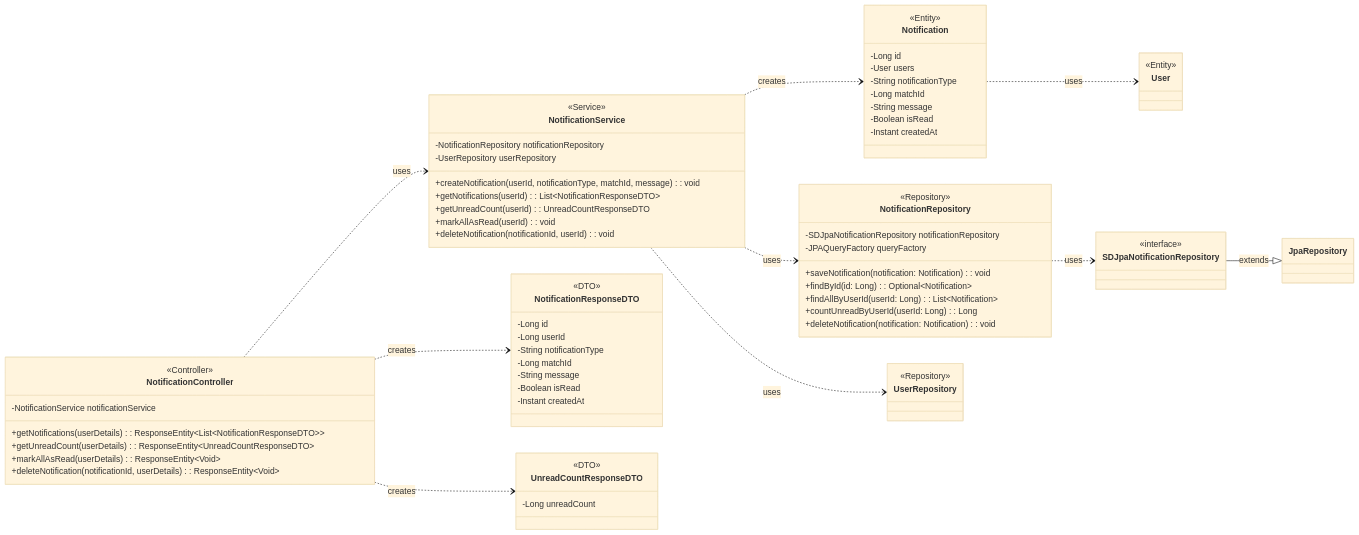
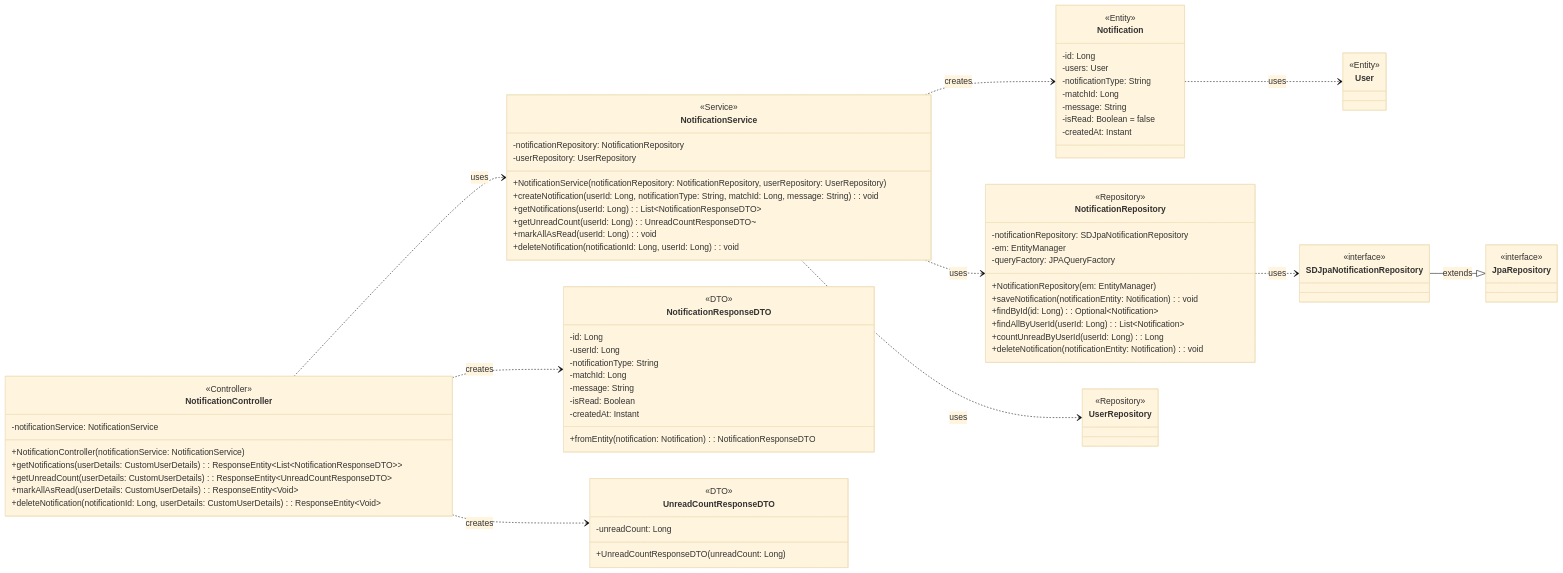
One commit to rororo33/game-s-cord changed the diagram in SDS/classDiagram/notificationClassDiagram.md. Above: the diagram before and after it, drawn with Mermaid (base theme). The commit also changed other lines of this file and 11 other files, not shown here.

Commit message:
feat:classDiagram

````diff
--- a/SDS/classDiagram/notificationClassDiagram.md
+++ b/SDS/classDiagram/notificationClassDiagram.md
@@ -6,74 +6,81 @@
 
     class NotificationController {
         <<Controller>>
-        -NotificationService notificationService
-        +getNotifications(userDetails): ResponseEntity~List~NotificationResponseDTO~~
-        +getUnreadCount(userDetails): ResponseEntity~UnreadCountResponseDTO~
-        +markAllAsRead(userDetails): ResponseEntity~Void~
-        +deleteNotification(notificationId, userDetails): ResponseEntity~Void~
+        -notificationService: NotificationService
+        +NotificationController(notificationService: NotificationService)
+        +getNotifications(userDetails: CustomUserDetails): ResponseEntity~List~NotificationResponseDTO~~
+        +getUnreadCount(userDetails: CustomUserDetails): ResponseEntity~UnreadCountResponseDTO~
+        +markAllAsRead(userDetails: CustomUserDetails): ResponseEntity~Void~
+        +deleteNotification(notificationId: Long, userDetails: CustomUserDetails): ResponseEntity~Void~
     }
 
     class NotificationService {
         <<Service>>
-        -NotificationRepository notificationRepository
-        -UserRepository userRepository
-        +createNotification(userId, notificationType, matchId, message): void
-        +getNotifications(userId): List~NotificationResponseDTO~
-        +getUnreadCount(userId): UnreadCountResponseDTO
-        +markAllAsRead(userId): void
-        +deleteNotification(notificationId, userId): void
+        -notificationRepository: NotificationRepository
+        -userRepository: UserRepository
+        +NotificationService(notificationRepository: NotificationRepository, userRepository: UserRepository)
+        +createNotification(userId: Long, notificationType: String, matchId: Long, message: String): void
+        +getNotifications(userId: Long): List~NotificationResponseDTO~
+        +getUnreadCount(userId: Long): UnreadCountResponseDTO~
+        +markAllAsRead(userId: Long): void
+        +deleteNotification(notificationId: Long, userId: Long): void
     }
 
     class NotificationRepository {
         <<Repository>>
-        -SDJpaNotificationRepository notificationRepository
-        -JPAQueryFactory queryFactory
-        +saveNotification(notification: Notification): void
+        -notificationRepository: SDJpaNotificationRepository
+        -em: EntityManager
+        -queryFactory: JPAQueryFactory
+        +NotificationRepository(em: EntityManager)
+        +saveNotification(notificationEntity: Notification): void
         +findById(id: Long): Optional~Notification~
         +findAllByUserId(userId: Long): List~Notification~
         +countUnreadByUserId(userId: Long): Long
-        +deleteNotification(notification: Notification): void
+        +deleteNotification(notificationEntity: Notification): void
     }
 
     class Notification {
         <<Entity>>
-        -Long id
-        -User users
-        -String notificationType
-        -Long matchId
-        -String message
-        -Boolean isRead
-        -Instant createdAt
+        -id: Long
+        -users: User
+        -notificationType: String
+        -matchId: Long
+        -message: String
+        -isRead: Boolean = false
+        -createdAt: Instant
     }
 
     class NotificationResponseDTO {
         <<DTO>>
-        -Long id
-        -Long userId
-        -String notificationType
-        -Long matchId
-        -String message
-        -Boolean isRead
-        -Instant createdAt
+        -id: Long
+        -userId: Long
+        -notificationType: String
+        -matchId: Long
+        -message: String
+        -isRead: Boolean
+        -createdAt: Instant
+        +fromEntity(notification: Notification): NotificationResponseDTO
     }
 
     class UnreadCountResponseDTO {
         <<DTO>>
-        -Long unreadCount
+        -unreadCount: Long
+        +UnreadCountResponseDTO(unreadCount: Long)
     }
     
     class User { <<Entity>> }
     class UserRepository { <<Repository>> }
     class SDJpaNotificationRepository { <<interface>> }
+    class JpaRepository { <<interface>> }
 
     %% Relationships
     NotificationController ..> NotificationService : uses
     NotificationService ..> NotificationRepository : uses
     NotificationService ..> UserRepository : uses
+    NotificationService ..> Notification : creates
     NotificationRepository ..> SDJpaNotificationRepository : uses
     SDJpaNotificationRepository --|> JpaRepository : extends
     Notification ..> User : uses
     NotificationController ..> NotificationResponseDTO : creates
     NotificationController ..> UnreadCountResponseDTO : creates
-    NotificationService ..> Notification : creates
 ```
````
